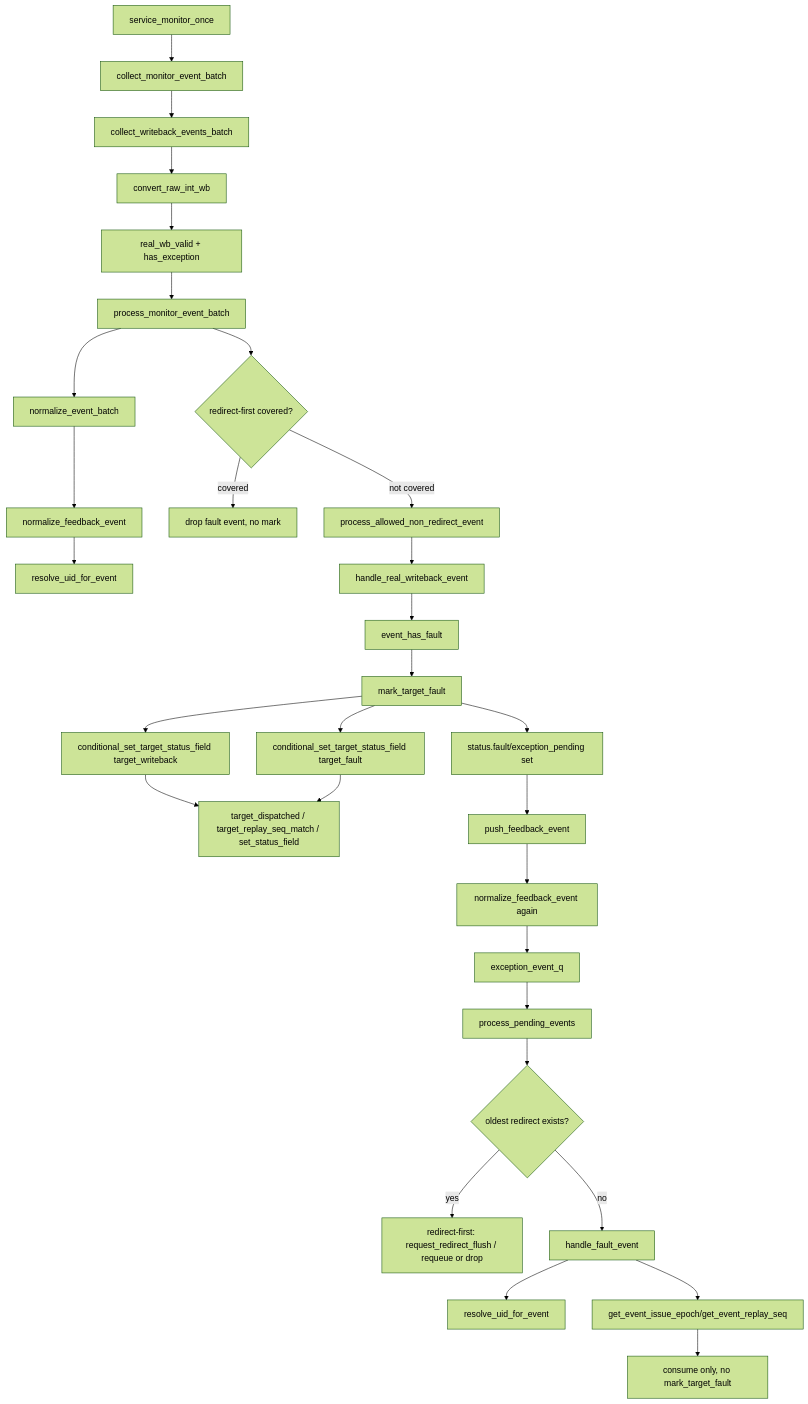
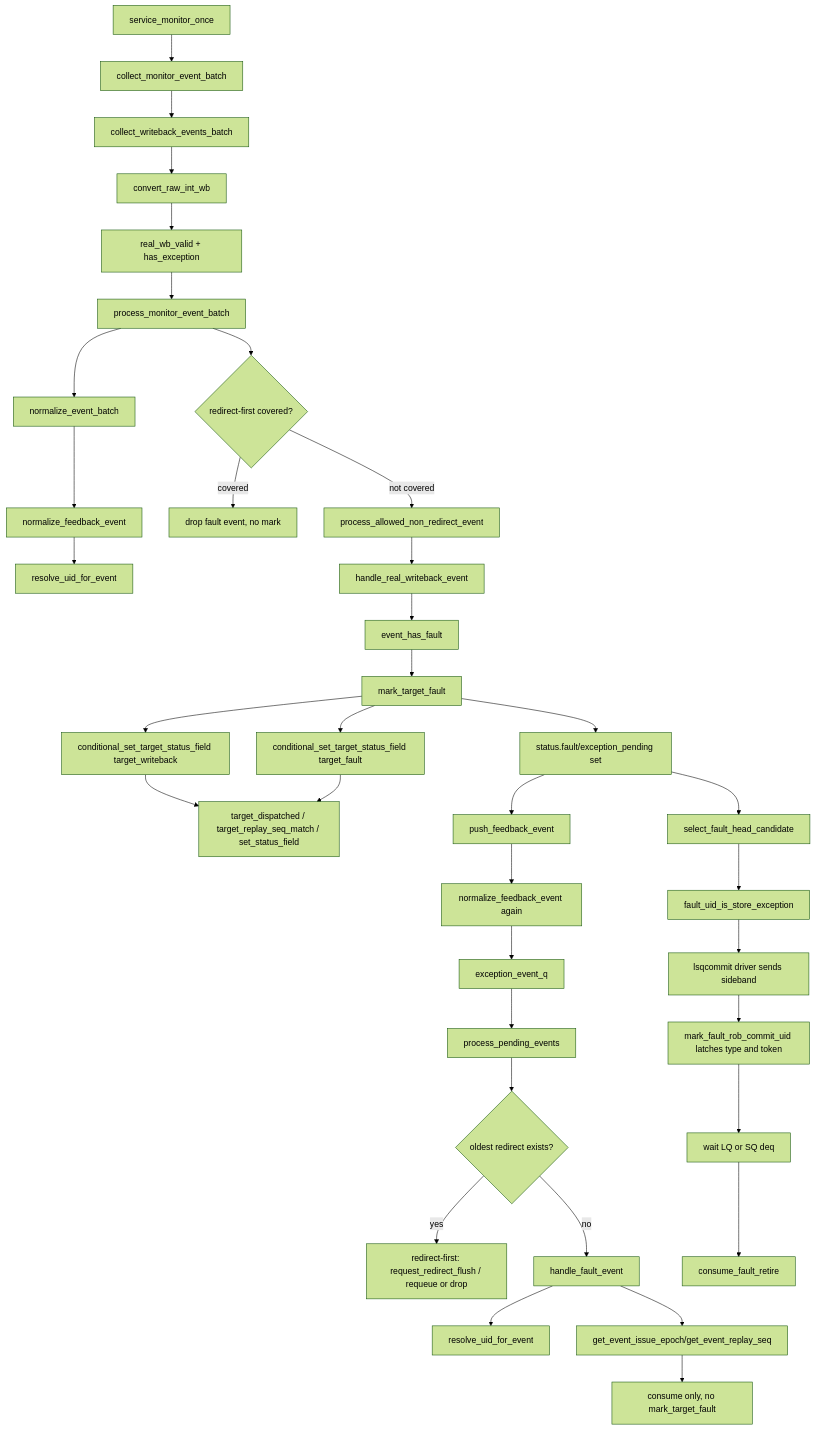
One commit to OpenXiangShan/XiangShan changed the diagram in AI_DOC/mem_ut_flow_doc/fault_exception_flow.md. Above: the diagram before and after it, drawn with Mermaid (forest theme). The commit also changed other lines of this file and 72 other files, not shown here.

````diff
--- a/AI_DOC/mem_ut_flow_doc/fault_exception_flow.md
+++ b/AI_DOC/mem_ut_flow_doc/fault_exception_flow.md
@@ -12,32 +24,38 @@
 ```mermaid
 flowchart TD
     A[service_monitor_once] --> B[collect_monitor_event_batch]
     B --> C[collect_writeback_events_batch]
     C --> D[convert_raw_int_wb]
     D --> E[real_wb_valid + has_exception]
     E --> F[process_monitor_event_batch]
     F --> G[normalize_event_batch]
     G --> H[normalize_feedback_event]
     H --> I[resolve_uid_for_event]
     F --> J{redirect-first covered?}
     J -->|covered| X[drop fault event, no mark]
     J -->|not covered| K[process_allowed_non_redirect_event]
     K --> L[handle_real_writeback_event]
     L --> M[event_has_fault]
     M --> N[mark_target_fault]
     N --> O[conditional_set_target_status_field target_writeback]
     N --> P[conditional_set_target_status_field target_fault]
     O --> Q[target_dispatched / target_replay_seq_match / set_status_field]
     P --> Q
     N --> R[status.fault/exception_pending set]
     R --> S[push_feedback_event]
     S --> T[normalize_feedback_event again]
     T --> U[exception_event_q]
     U --> V[process_pending_events]
     V --> W{oldest redirect exists?}
     W -->|yes| Y[redirect-first: request_redirect_flush / requeue or drop]
     W -->|no| Z[handle_fault_event]
     Z --> AA[resolve_uid_for_event]
     Z --> AB[get_event_issue_epoch/get_event_replay_seq]
     AB --> AC[consume only, no mark_target_fault]
+    R --> AD[select_fault_head_candidate]
+    AD --> AE[fault_uid_is_store_exception]
+    AE --> AF[lsqcommit driver sends sideband]
+    AF --> AG[mark_fault_rob_commit_uid latches type and token]
+    AG --> AH[wait LQ or SQ deq]
+    AH --> AI[consume_fault_retire]
 ```
````
